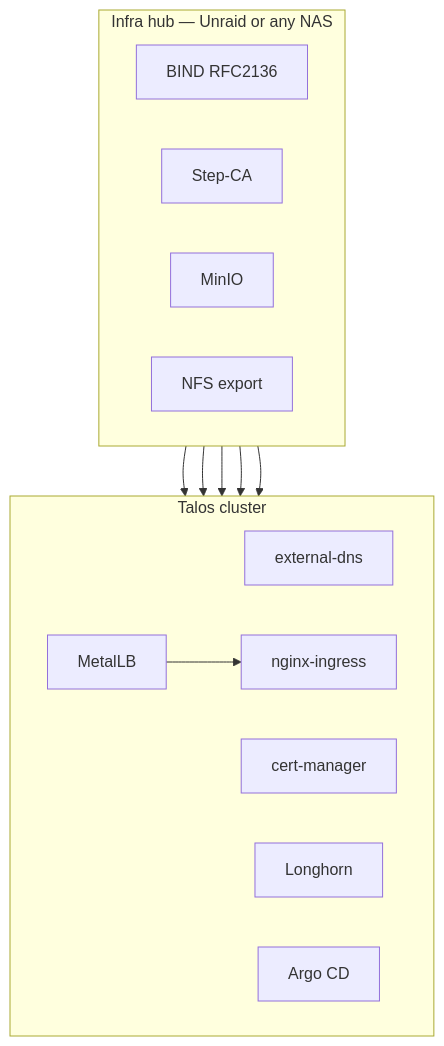
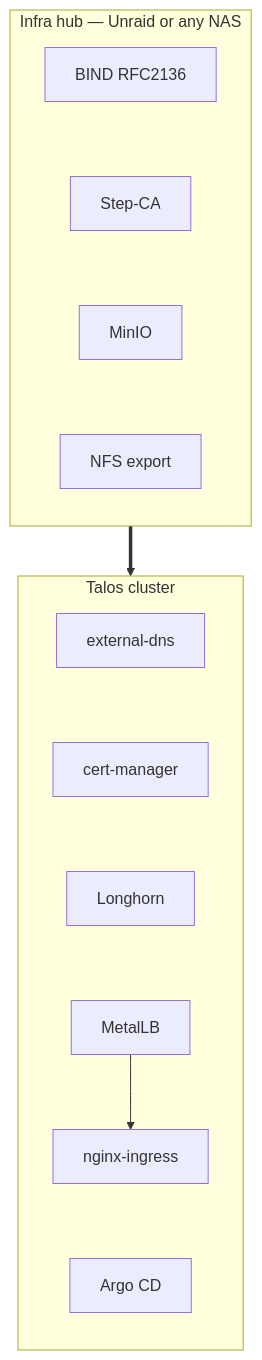
One commit to jslay88/homelab-gitops-starter changed the second of 3 diagrams in docs/architecture.md. Above: the diagram before and after it, drawn with Mermaid. The commit also changed other lines of this file, not shown here.

Commit message:
Stack the cluster-vs-NAS mermaid as one column.
Cross-box arrows made Mermaid ignore flowchart TB and draw the hub
beside the cluster. Invisible ranks keep each group vertical.

````diff
--- a/docs/architecture.md
+++ b/docs/architecture.md
@@ -29,23 +29,22 @@
 ```mermaid
 flowchart TB
   subgraph hub["Infra hub — Unraid or any NAS"]
-    direction LR
+    direction TB
     Bind[BIND RFC2136]
     StepCA[Step-CA]
     Minio[MinIO]
     Nfs[NFS export]
+    Bind ~~~ StepCA ~~~ Minio ~~~ Nfs
   end
+  hub ==> cluster
   subgraph cluster["Talos cluster"]
-    direction LR
+    direction TB
     Edns[external-dns]
     Cm[cert-manager]
     Lh[Longhorn]
     Mlb[MetalLB] --> Ing[nginx-ingress]
     Argo[Argo CD]
+    Edns ~~~ Cm ~~~ Lh ~~~ Mlb
+    Ing ~~~ Argo
   end
-  hub --> cluster
-  Bind --> Edns
-  StepCA --> Cm
-  Minio --> Lh
-  Nfs --> Lh
 ```
````
